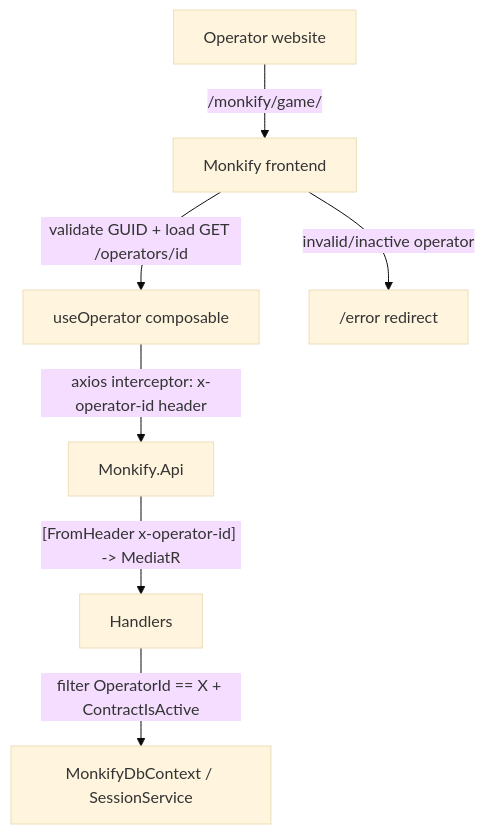
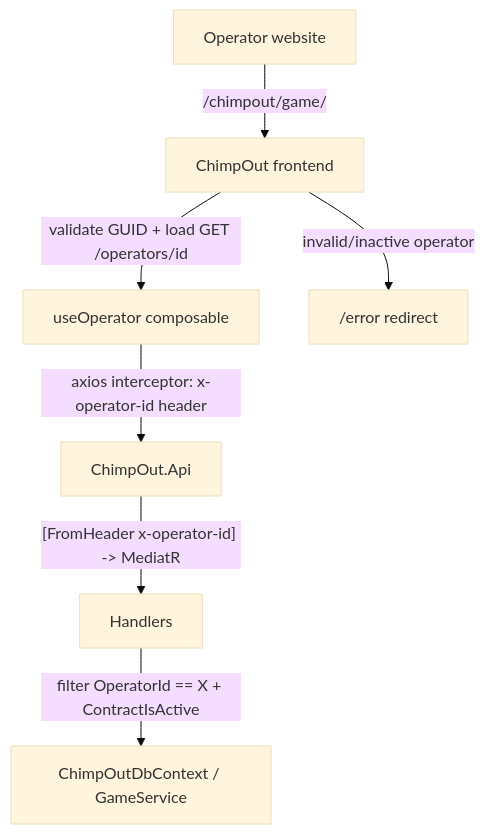
Before and after one commit to marcusruas/monkify-meta: the second of 2 diagrams in specs/operator-feature.md, drawn with Mermaid (base theme). The commit also changed other lines of this file and 57 other files, not shown here.

First line of the commit message:
Rebrand: Monkify->ChimpOut, Session->Game in KB prose (monkify-meta)

````diff
--- a/specs/operator-feature.md
+++ b/specs/operator-feature.md
@@ -210,9 +210,9 @@
 ```mermaid
 flowchart TD
-    A["Operator website"] -->|"/monkify/game/<operatorId>"| B["Monkify frontend"]
+    A["Operator website"] -->|"/chimpout/game/<operatorId>"| B["ChimpOut frontend"]
     B -->|"validate GUID + load GET /operators/id"| C["useOperator composable"]
-    C -->|"axios interceptor: x-operator-id header"| D["Monkify.Api"]
+    C -->|"axios interceptor: x-operator-id header"| D["ChimpOut.Api"]
     D -->|"[FromHeader x-operator-id] -> MediatR"| E["Handlers"]
-    E -->|"filter OperatorId == X + ContractIsActive"| F["MonkifyDbContext / SessionService"]
+    E -->|"filter OperatorId == X + ContractIsActive"| F["ChimpOutDbContext / GameService"]
     B -->|"invalid/inactive operator"| G["/error redirect"]
 ```
````
